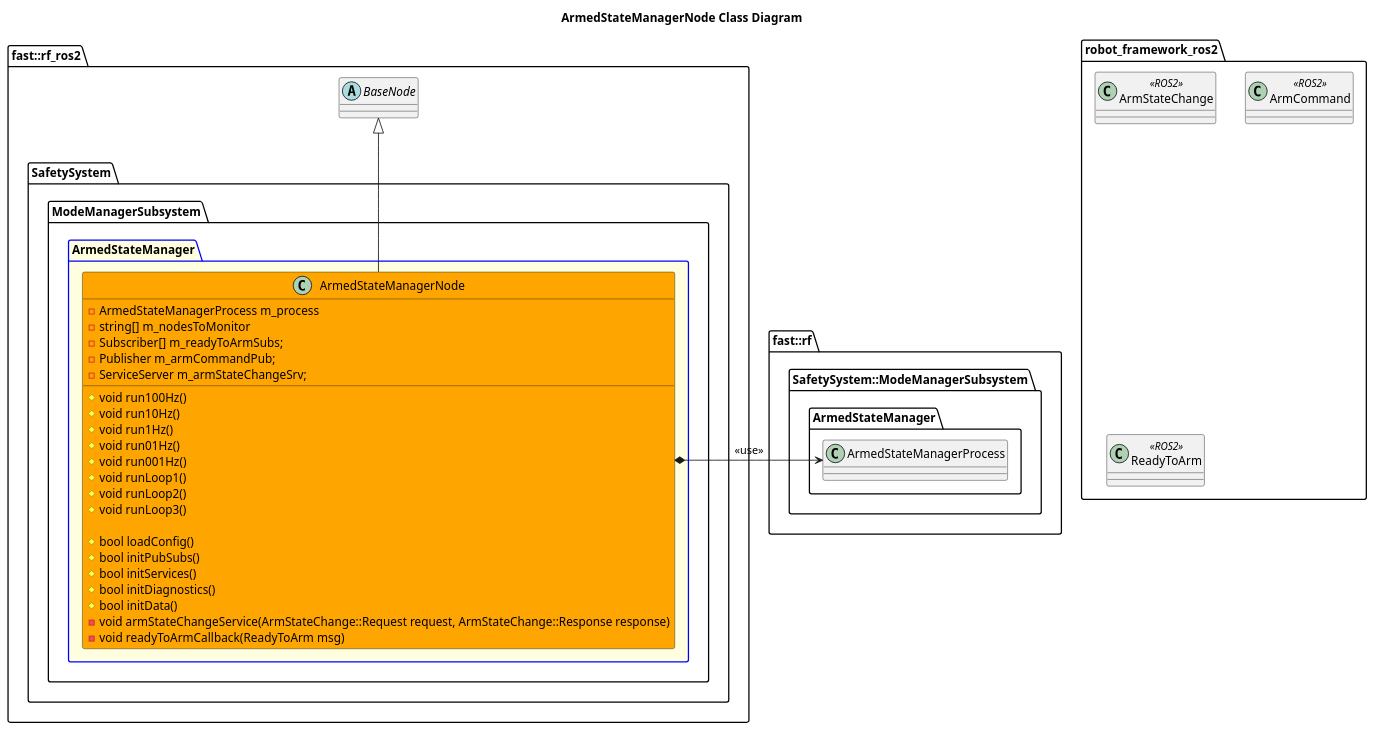
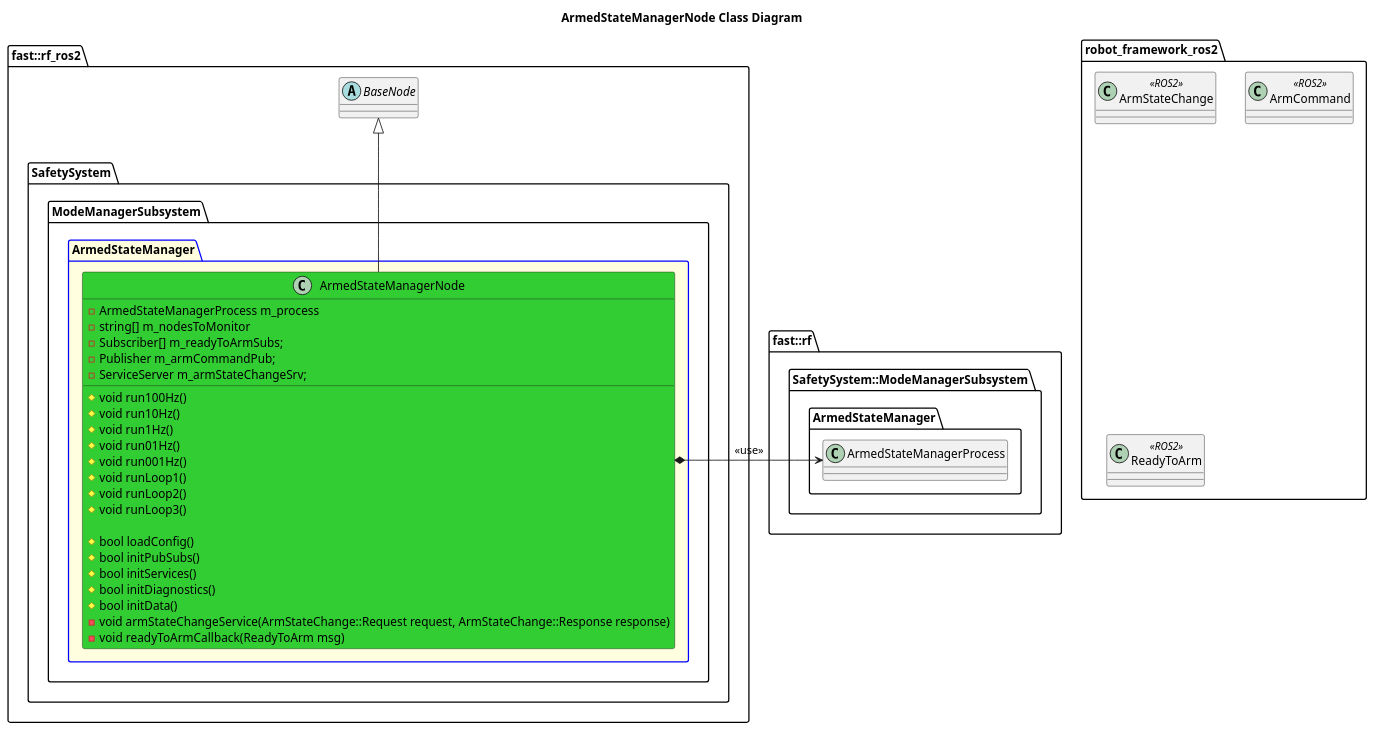
One commit to fastrobotics/robot_framework_ros2 changed the diagram in Systems/Safety/Subsystems/ModeManager/Nodes/ArmedStateManagerNode/doc/puml/ArmedStateManagerNodeClassDiagram.puml. Above: the diagram before and after it, drawn with PlantUML. The commit also changed 9 other files, not shown here.

```diff
--- a/Systems/Safety/Subsystems/ModeManager/Nodes/ArmedStateManagerNode/doc/puml/ArmedStateManagerNodeClassDiagram.puml
+++ b/Systems/Safety/Subsystems/ModeManager/Nodes/ArmedStateManagerNode/doc/puml/ArmedStateManagerNodeClassDiagram.puml
@@ -2,52 +2,52 @@
 @startuml
 title ArmedStateManagerNode Class Diagram
 namespace robot_framework_ros2 {
     class ArmStateChange <<ROS2>>
     class ArmCommand <<ROS2>>
     class ReadyToArm <<ROS2>>
 }
 namespace fast::rf {
     namespace SafetySystem::ModeManagerSubsystem {
         namespace ArmedStateManager {
             class ArmedStateManagerProcess
         }
     }
 }
 namespace fast::rf_ros2 { 
     abstract BaseNode {
 
     }
     namespace SafetySystem {
         namespace ModeManagerSubsystem {
             package ArmedStateManager #LightYellow;line:blue  {
-                class ArmedStateManagerNode #Orange {
+                class ArmedStateManagerNode #LimeGreen {
                     #void run100Hz()
                     #void run10Hz()
                     #void run1Hz()
                     #void run01Hz()
                     #void run001Hz()
                     #void runLoop1()
                     #void runLoop2()
                     #void runLoop3()
 
                     #bool loadConfig()
                     #bool initPubSubs()
                     #bool initServices()
                     #bool initDiagnostics()
                     #bool initData()
                     -void armStateChangeService(ArmStateChange::Request request, ArmStateChange::Response response)
                     -void readyToArmCallback(ReadyToArm msg)
                     -ArmedStateManagerProcess m_process
                     -string[] m_nodesToMonitor
                     -Subscriber[] m_readyToArmSubs;
                     -Publisher m_armCommandPub;
                     -ServiceServer m_armStateChangeSrv;
                 }
                 ArmedStateManagerNode -up-|> BaseNode
                 ArmedStateManagerNode *-right-> ArmedStateManagerProcess: <<use>>
             }
         }
     }
 }
 
 @enduml
```
